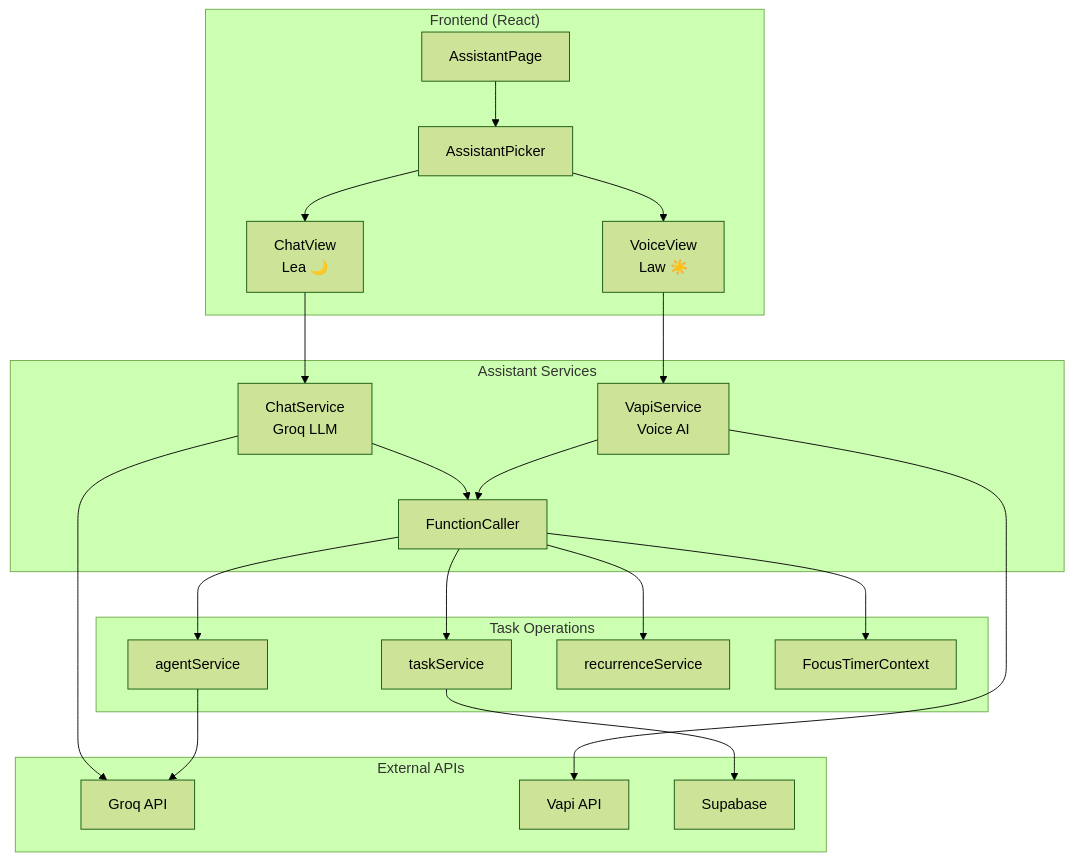
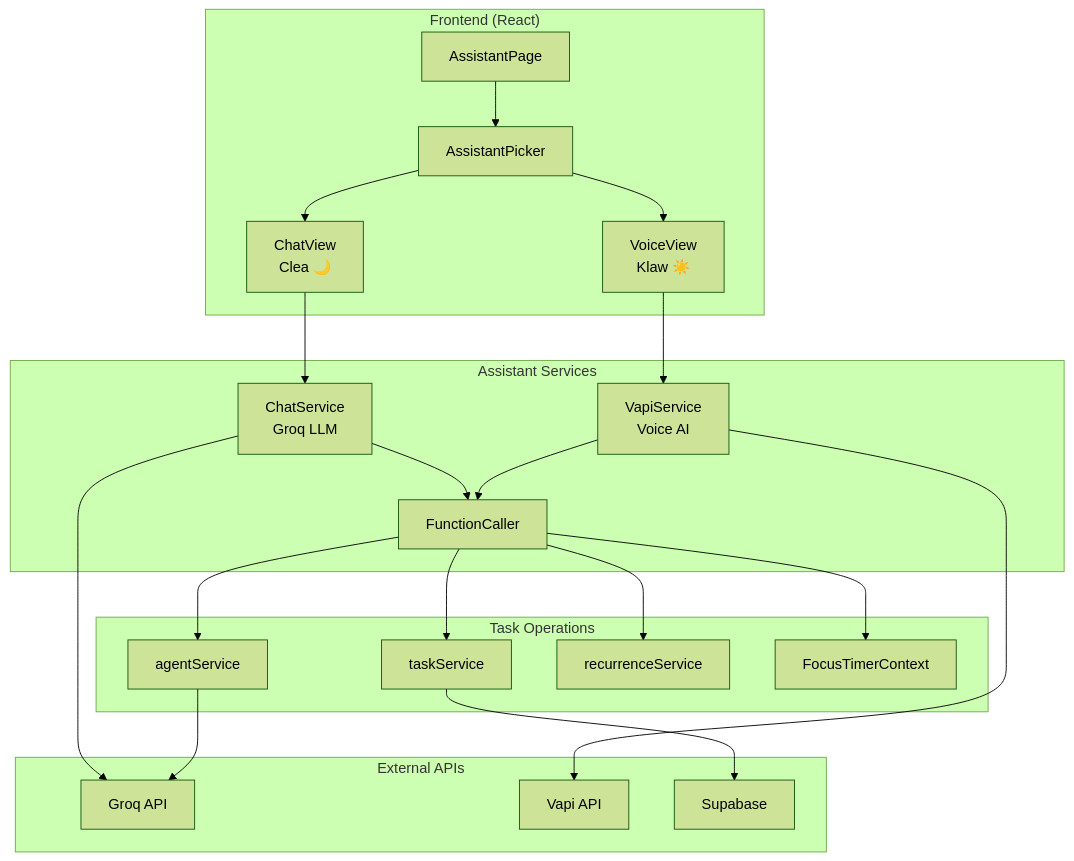
One commit to andrewvu270/ClearNClaw changed the diagram in .kiro/specs/vapi-voice-agent/design.md. Above: the diagram before and after it, drawn with Mermaid (forest theme). The commit also changed other lines of this file and 8 other files, not shown here.

First line of the commit message:
feat(klaw-voice): implement server-side function calling via Vapi webhook

````diff
--- a/.kiro/specs/vapi-voice-agent/design.md
+++ b/.kiro/specs/vapi-voice-agent/design.md
@@ -16,48 +16,48 @@
 ```mermaid
 flowchart TB
     subgraph Frontend["Frontend (React)"]
         AP[AssistantPage]
         APK[AssistantPicker]
-        CV[ChatView<br/>Lea 🌙]
-        VV[VoiceView<br/>Law ☀️]
+        CV[ChatView<br/>Clea 🌙]
+        VV[VoiceView<br/>Klaw ☀️]
     end
     
     subgraph Services["Assistant Services"]
         CS[ChatService<br/>Groq LLM]
         VS[VapiService<br/>Voice AI]
         FC[FunctionCaller]
     end
     
     subgraph Backend["Task Operations"]
         TS[taskService]
         AS[agentService]
         RS[recurrenceService]
         FT[FocusTimerContext]
     end
     
     subgraph External["External APIs"]
         GQ[Groq API]
         VA[Vapi API]
         SB[Supabase]
     end
     
     AP --> APK
     APK --> CV
     APK --> VV
     
     CV --> CS
     VV --> VS
     
     CS --> GQ
     CS --> FC
     VS --> VA
     VS --> FC
     
     FC --> TS
     FC --> AS
     FC --> RS
     FC --> FT
     
     TS --> SB
     AS --> GQ
 ```
````
